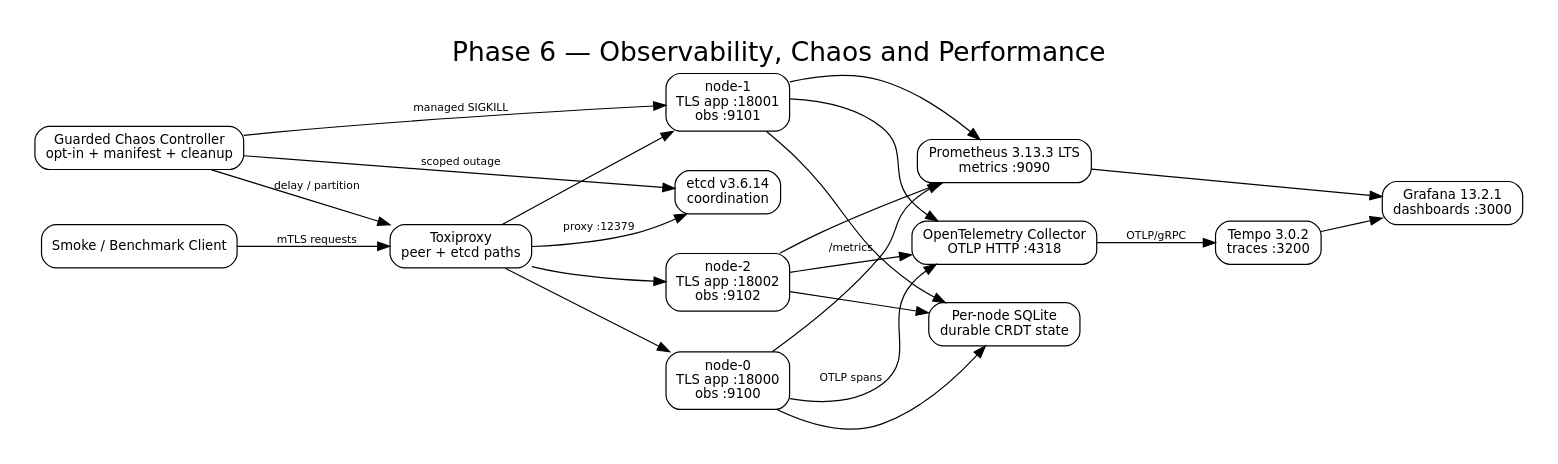
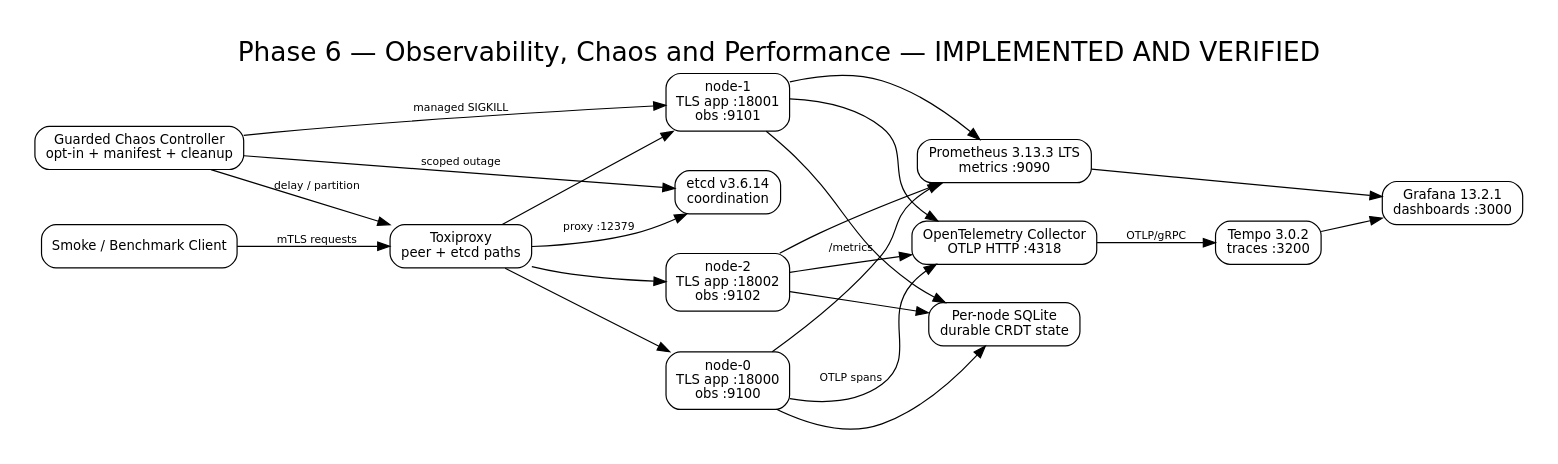
One commit to Parmodk2310/Advanced-Distributed-System changed the diagram in docs/architecture/assets/phase6-architecture.dot. Above: the diagram before and after it, drawn with Graphviz. The commit also changed other lines of this file and 34 other files, not shown here.

Commit message:
docs: complete phase 1-7 architecture package

```diff
--- a/docs/architecture/assets/phase6-architecture.dot
+++ b/docs/architecture/assets/phase6-architecture.dot
@@ -1,31 +1,31 @@
 digraph phase6 {
   rankdir=LR;
-  graph [label="Phase 6 — Observability, Chaos and Performance", labelloc=t, fontsize=22, fontname="DejaVu Sans", pad=0.3, nodesep=0.45, ranksep=0.7];
+  graph [label="Phase 6 — Observability, Chaos and Performance — IMPLEMENTED AND VERIFIED", labelloc=t, fontsize=22, fontname="DejaVu Sans", pad=0.3, nodesep=0.45, ranksep=0.7];
   node [shape=box, style="rounded", fontname="DejaVu Sans", fontsize=11, margin="0.12,0.08"];
   edge [fontname="DejaVu Sans", fontsize=9];
 
   client [label="Smoke / Benchmark Client"];
   proxy [label="Toxiproxy\npeer + etcd paths"];
   n0 [label="node-0\nTLS app :18000\nobs :9100"];
   n1 [label="node-1\nTLS app :18001\nobs :9101"];
   n2 [label="node-2\nTLS app :18002\nobs :9102"];
   collector [label="OpenTelemetry Collector\nOTLP HTTP :4318"];
   tempo [label="Tempo 3.0.2\ntraces :3200"];
   prom [label="Prometheus 3.13.3 LTS\nmetrics :9090"];
   graf [label="Grafana 13.2.1\ndashboards :3000"];
   chaos [label="Guarded Chaos Controller\nopt-in + manifest + cleanup"];
   etcd [label="etcd v3.6.14\ncoordination"];
   storage [label="Per-node SQLite\ndurable CRDT state"];
 
   client -> proxy [label="mTLS requests"];
   proxy -> n0; proxy -> n1; proxy -> n2;
   n0 -> collector [label="OTLP spans"]; n1 -> collector; n2 -> collector;
   collector -> tempo [label="OTLP/gRPC"];
   n0 -> prom [label="/metrics"]; n1 -> prom; n2 -> prom;
   prom -> graf; tempo -> graf;
   chaos -> proxy [label="delay / partition"];
   chaos -> n1 [label="managed SIGKILL"];
   chaos -> etcd [label="scoped outage"];
   proxy -> etcd [label="proxy :12379"];
   n0 -> storage; n1 -> storage; n2 -> storage;
 }
```
